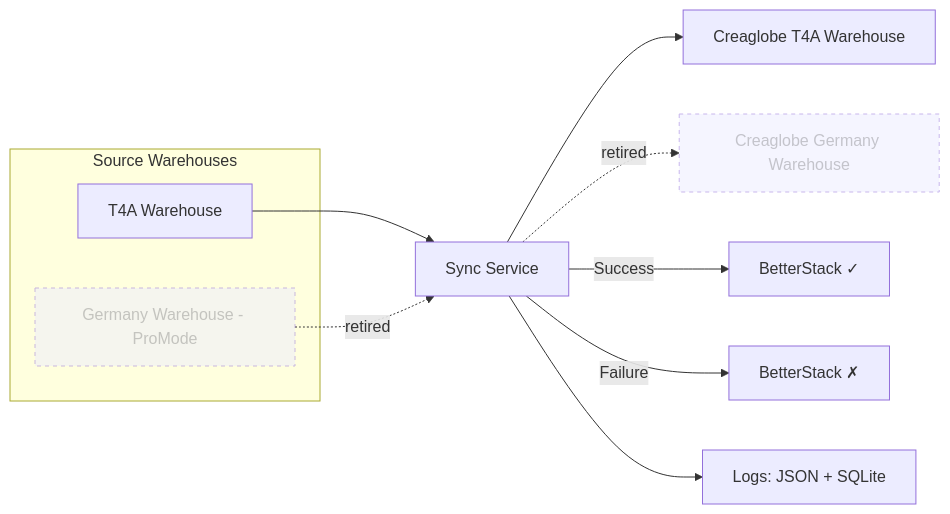
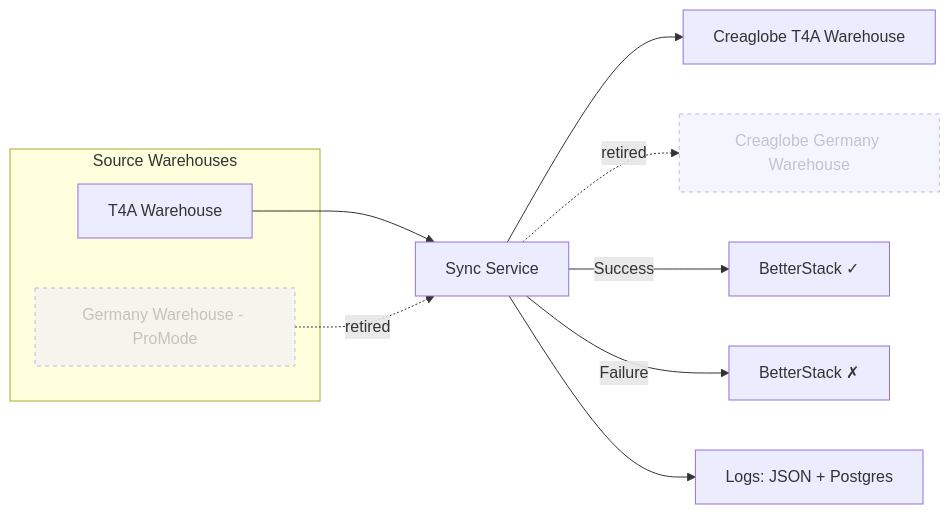
Before and after one commit to time-4-action/t4a-mk-automation: the diagram in README.md, drawn with Mermaid. The commit also changed other lines of this file and 14 other files, not shown here.

First line of the commit message:
Move the run history and price-list mappings from SQLite to Postgres

````diff
--- a/README.md
+++ b/README.md
@@ -40,20 +40,20 @@
 ```mermaid
 flowchart LR
     subgraph Sources[Source Warehouses]
         A2[T4A Warehouse]
         A1[Germany Warehouse - ProMode]:::retired
     end
 
     A2 --> B[Sync Service]
     A1 -. retired .-> B
 
     B --> D[Creaglobe T4A Warehouse]
     B -. retired .-> C[Creaglobe Germany Warehouse]:::retired
 
 
     B -->|Success| E[BetterStack ✓]
     B -->|Failure| F[BetterStack ✗]
-    B --> G[Logs: JSON + SQLite]
+    B --> G[Logs: JSON + Postgres]
 
     classDef retired stroke-dasharray: 4 4,opacity:0.5;
 ```
````
